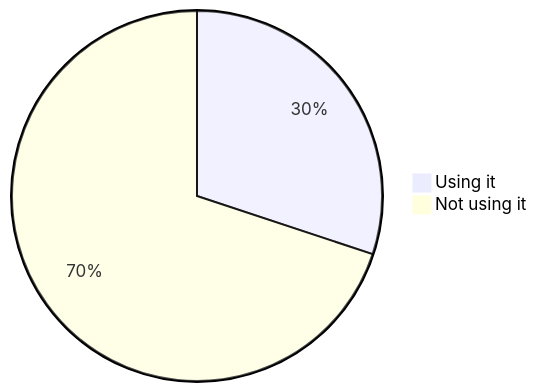
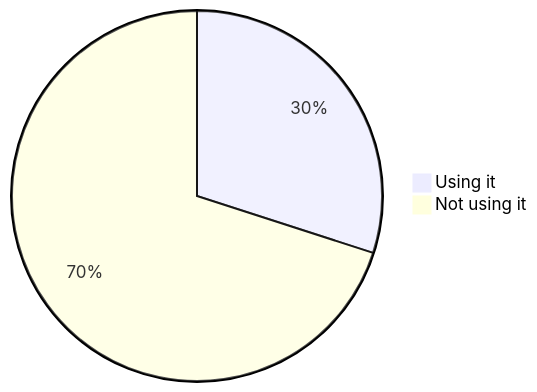
Before and after one commit to oshp/oshp-stats: diagram 16 of 22 in stats.md, drawn with Mermaid. The commit also changed other lines of this file, not shown here.

````diff
--- a/stats.md
+++ b/stats.md
@@ -190,6 +190,6 @@
 ```mermaid
 pie
-	"Using it" : 30.09
-	"Not using it" : 69.91
+	"Using it" : 29.97
+	"Not using it" : 70.03
 
 ```
````
